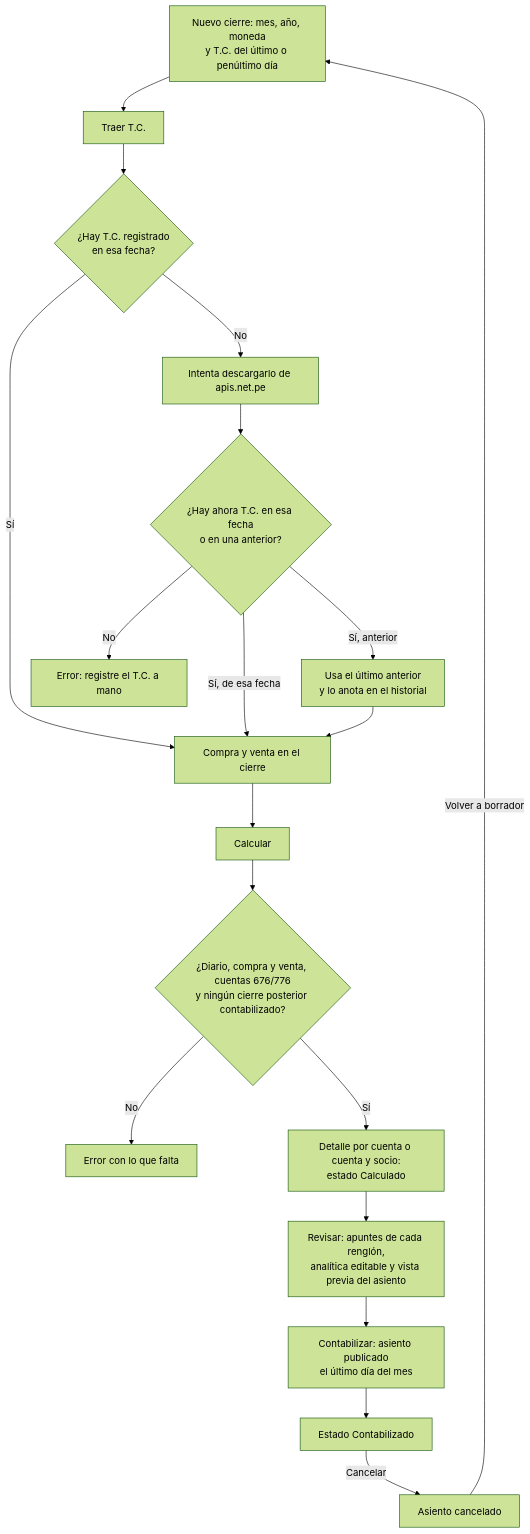
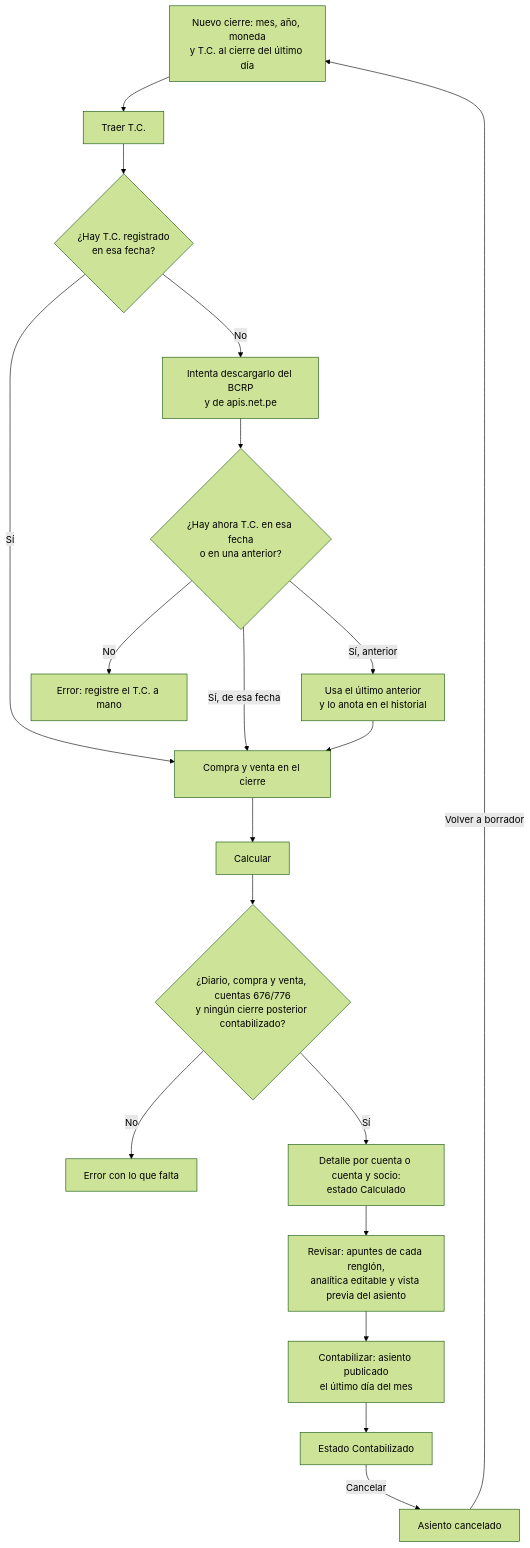
The diagram in OL-ACCOUNTING/al_l10n_pe_exchange_closure/static/description/diagramas/cierre.mmd (olanoit/ol_new_apps), drawn with Mermaid (forest theme) before and after one commit. The commit also changed 12 other files, not shown here.

First line of the commit message:
[FIX] al_l10n_pe_exchange_closure: T.C. al cierre de la fecha del balance

```diff
--- a/OL-ACCOUNTING/al_l10n_pe_exchange_closure/static/description/diagramas/cierre.mmd
+++ b/OL-ACCOUNTING/al_l10n_pe_exchange_closure/static/description/diagramas/cierre.mmd
@@ -1,19 +1,19 @@
 flowchart TD
-  A[Nuevo cierre: mes, año, moneda<br/>y T.C. del último o penúltimo día] --> B[Traer T.C.]
+  A[Nuevo cierre: mes, año, moneda<br/>y T.C. al cierre del último día] --> B[Traer T.C.]
   B --> C{¿Hay T.C. registrado<br/>en esa fecha?}
   C -- Sí --> F[Compra y venta en el cierre]
-  C -- No --> D[Intenta descargarlo de apis.net.pe]
+  C -- No --> D[Intenta descargarlo del BCRP<br/>y de apis.net.pe]
   D --> E{¿Hay ahora T.C. en esa fecha<br/>o en una anterior?}
   E -- No --> X[Error: registre el T.C. a mano]
   E -- "Sí, de esa fecha" --> F
   E -- "Sí, anterior" --> E2[Usa el último anterior<br/>y lo anota en el historial]
   E2 --> F
   F --> G[Calcular]
   G --> H{¿Diario, compra y venta, cuentas 676/776<br/>y ningún cierre posterior contabilizado?}
   H -- No --> Y[Error con lo que falta]
   H -- Sí --> I[Detalle por cuenta o cuenta y socio:<br/>estado Calculado]
   I --> J[Revisar: apuntes de cada renglón,<br/>analítica editable y vista previa del asiento]
   J --> K[Contabilizar: asiento publicado<br/>el último día del mes]
   K --> L[Estado Contabilizado]
   L -- Cancelar --> M[Asiento cancelado]
   M -- Volver a borrador --> A
```
